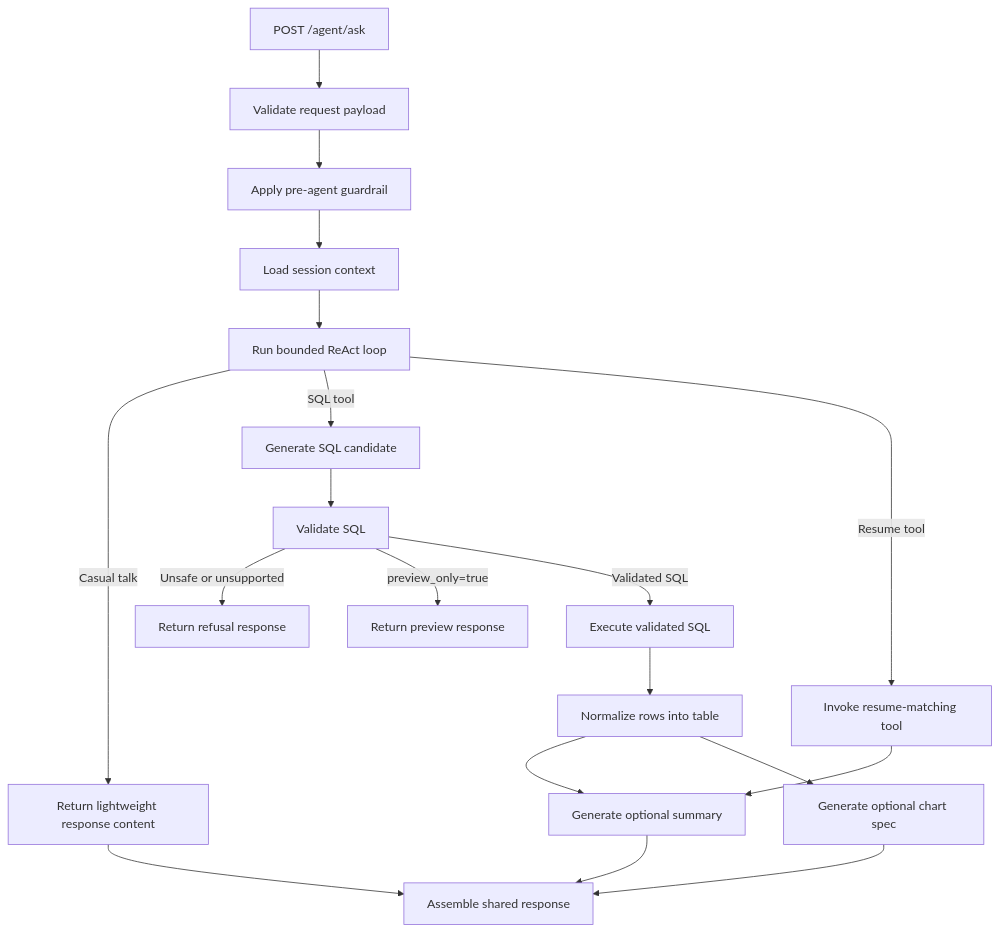
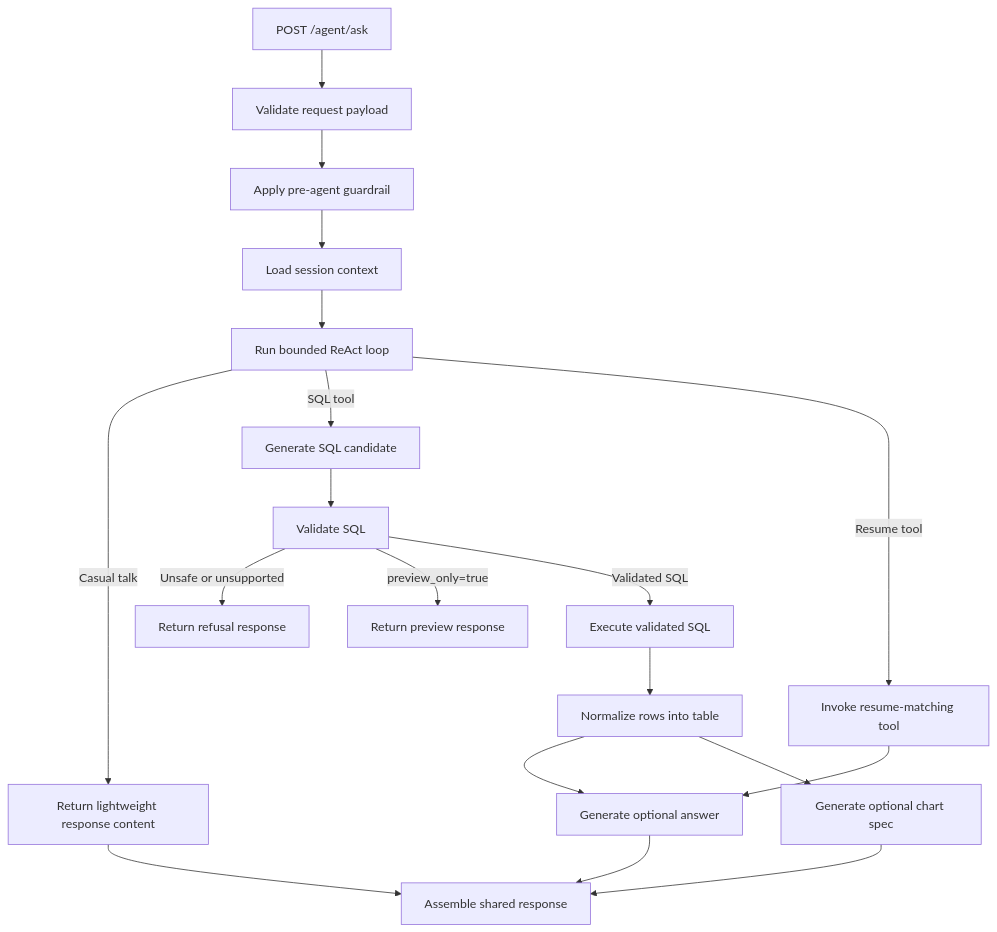
The second of 2 diagrams in docs/agent/architecture.md (Park-Hip/Intern-Hunter), drawn with Mermaid before and after one commit. The commit also changed other lines of this file and 17 other files, not shown here.

Commit message:
refactor: rename agent response field from summary to answer

````diff
--- a/docs/agent/architecture.md
+++ b/docs/agent/architecture.md
@@ -551,21 +550,21 @@
 ```mermaid
 flowchart TD
     A["POST /agent/ask"] --> B["Validate request payload"]
     B --> C["Apply pre-agent guardrail"]
     C --> D["Load session context"]
     D --> E["Run bounded ReAct loop"]
     E -->|Casual talk| F["Return lightweight response content"]
     E -->|SQL tool| G["Generate SQL candidate"]
     G --> H["Validate SQL"]
     H -->|Unsafe or unsupported| N["Return refusal response"]
     H -->|preview_only=true| O["Return preview response"]
     H -->|Validated SQL| I["Execute validated SQL"]
     I --> J["Normalize rows into table"]
-    J --> K["Generate optional summary"]
+    J --> K["Generate optional answer"]
     J --> L["Generate optional chart spec"]
     E -->|Resume tool| M["Invoke resume-matching tool"]
     M --> K
     F --> P["Assemble shared response"]
     K --> P
     L --> P
 ```
````
